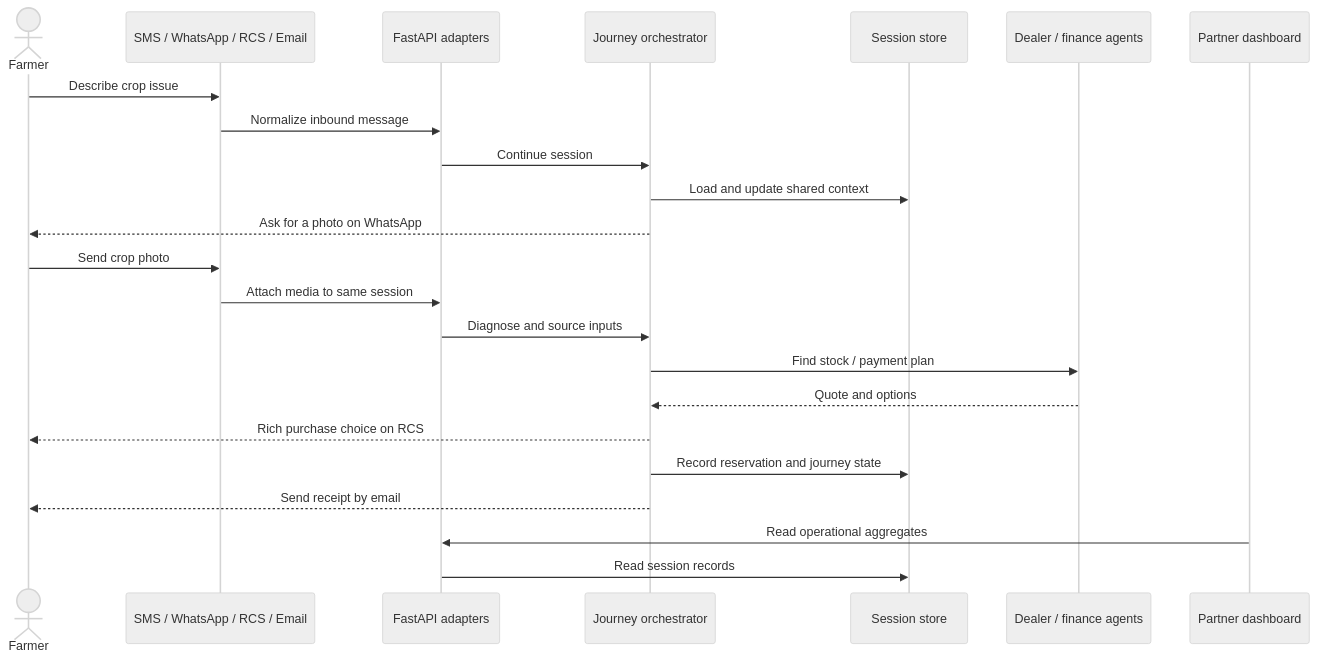
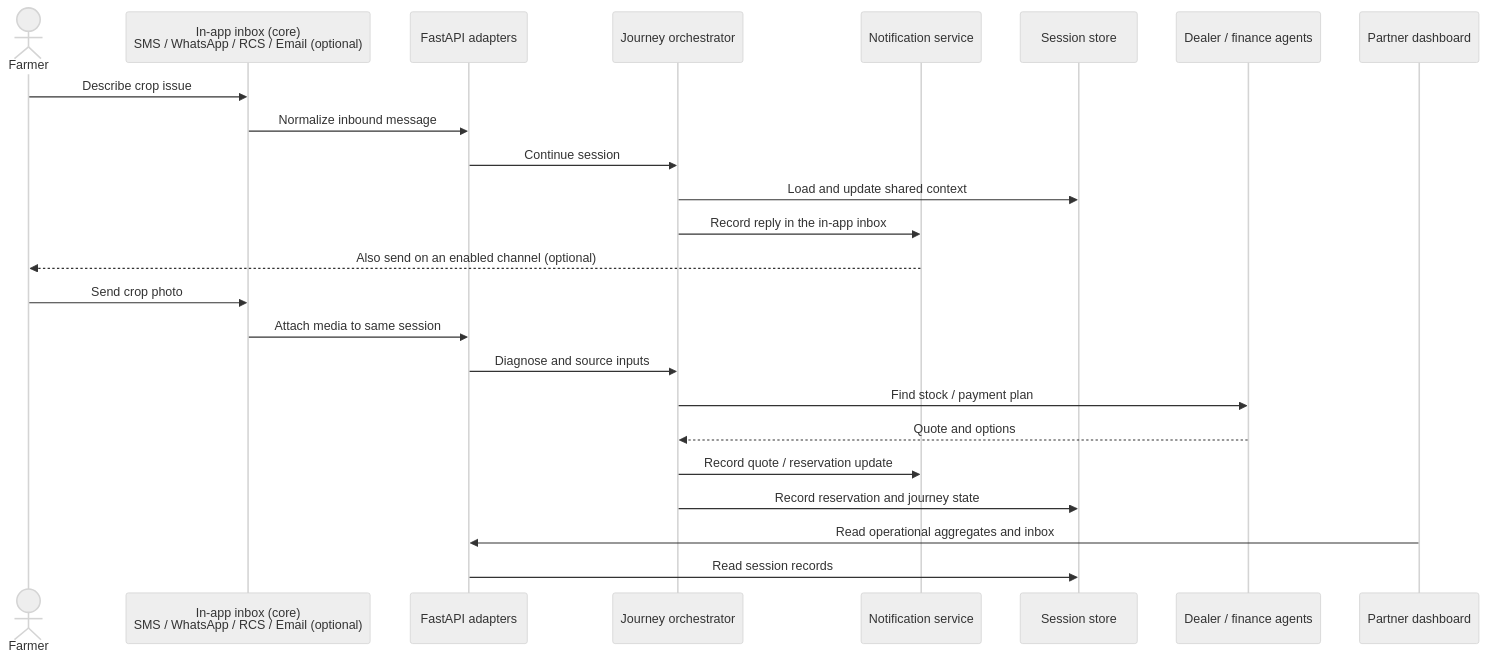
One commit to opeblow/HarvestOS changed the diagram in README.md. Above: the diagram before and after it, drawn with Mermaid (neutral theme). The commit also changed other lines of this file and 49 other files, not shown here.

Commit message:
refactor: make HarvestOS core independent of optional AWS messaging

````diff
--- a/README.md
+++ b/README.md
@@ -39,26 +35,27 @@
 ```mermaid
 sequenceDiagram
     actor Farmer
-    participant Channels as SMS / WhatsApp / RCS / Email
+    participant Channels as In-app inbox (core)<br/>SMS / WhatsApp / RCS / Email (optional)
     participant API as FastAPI adapters
     participant Agent as Journey orchestrator
+    participant Notify as Notification service
     participant Store as Session store
     participant Partners as Dealer / finance agents
     participant Console as Partner dashboard
 
     Farmer->>Channels: Describe crop issue
     Channels->>API: Normalize inbound message
     API->>Agent: Continue session
     Agent->>Store: Load and update shared context
-    Agent-->>Farmer: Ask for a photo on WhatsApp
+    Agent->>Notify: Record reply in the in-app inbox
+    Notify-->>Farmer: Also send on an enabled channel (optional)
     Farmer->>Channels: Send crop photo
     Channels->>API: Attach media to same session
     API->>Agent: Diagnose and source inputs
     Agent->>Partners: Find stock / payment plan
     Partners-->>Agent: Quote and options
-    Agent-->>Farmer: Rich purchase choice on RCS
+    Agent->>Notify: Record quote / reservation update
     Agent->>Store: Record reservation and journey state
-    Agent-->>Farmer: Send receipt by email
-    Console->>API: Read operational aggregates
+    Console->>API: Read operational aggregates and inbox
     API->>Store: Read session records
 ```
````
